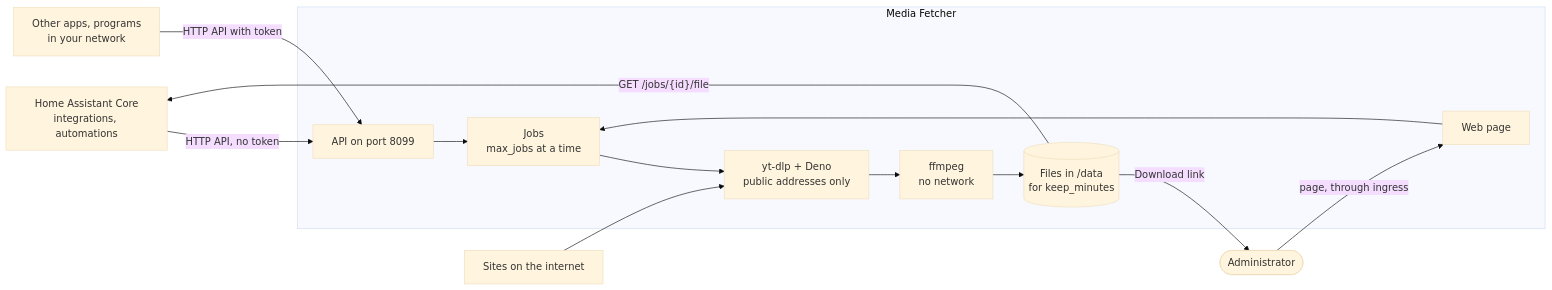
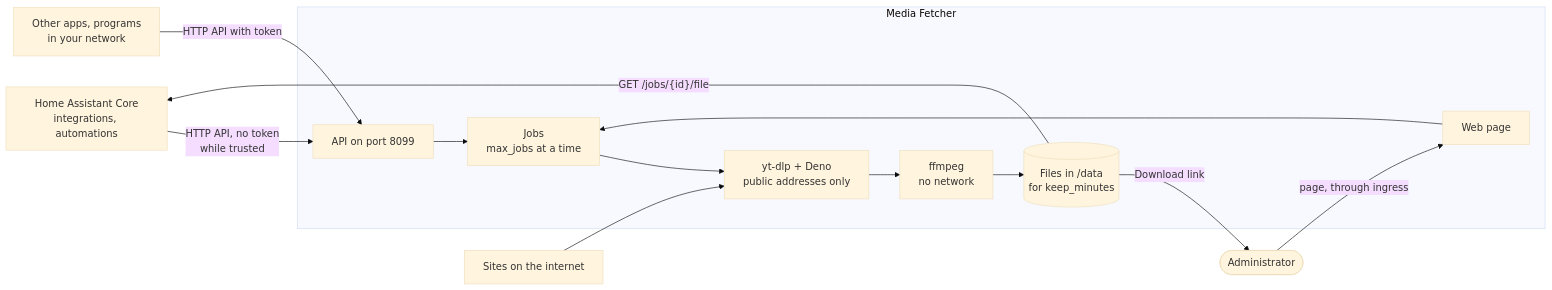
The diagram in README.md (n-schilling/ha-app-media-fetcher), drawn with Mermaid (base theme) before and after one commit. The commit also changed other lines of this file and 16 other files, not shown here.

First line of the commit message:
Add option trust_home_assistant

````diff
--- a/README.md
+++ b/README.md
@@ -22,16 +22,16 @@
 ```mermaid
 flowchart LR
-    core["Home Assistant Core<br/>integrations, automations"] -- "HTTP API, no token" --> api
+    core["Home Assistant Core<br/>integrations, automations"] -- "HTTP API, no token<br/>while trusted" --> api
     clients["Other apps, programs<br/>in your network"] -- "HTTP API with token" --> api
     admin(["Administrator"]) -- "page, through ingress" --> page
     subgraph app["Media Fetcher"]
         api["API on port 8099"] --> jobs["Jobs<br/>max_jobs at a time"]
         page["Web page"] --> jobs
         jobs --> ytdlp["yt-dlp + Deno<br/>public addresses only"]
         ytdlp --> ffmpeg["ffmpeg<br/>no network"]
         ffmpeg --> files[("Files in /data<br/>for keep_minutes")]
     end
     sites["Sites on the internet"] --> ytdlp
     files -- "GET /jobs/{id}/file" --> core
     files -- "Download link" --> admin
 ```
````
